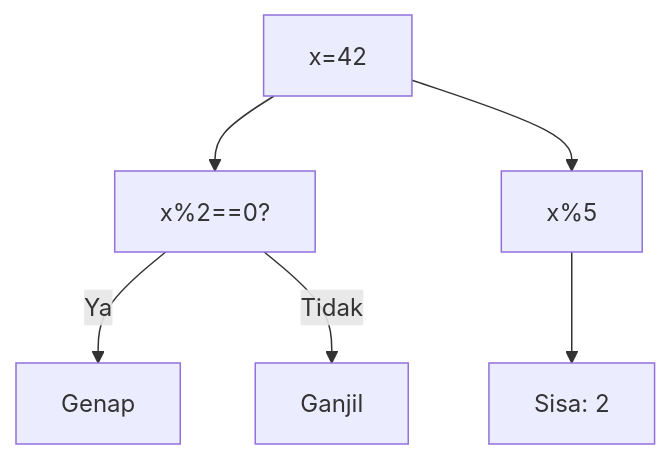
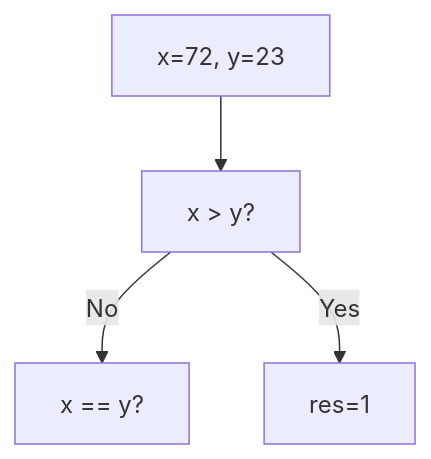
One commit to amnahwaida/OSNK_INF_PREP changed diagram 19 of 25 in part-c-pemahaman-cpp/02-percabangan/latihan/set-12.md. Above: the diagram before and after it, drawn with Mermaid. The commit also changed other lines of this file and 71 other files, not shown here.

````diff
--- a/part-c-pemahaman-cpp/02-percabangan/latihan/set-12.md
+++ b/part-c-pemahaman-cpp/02-percabangan/latihan/set-12.md
@@ -581,8 +538,6 @@
 ```mermaid
 graph TD
-A["x=42"] --> B["x%2==0?"]
-B -- Ya --> C["Genap"]
-B -- Tidak --> D["Ganjil"]
-A --> E["x%5"]
-E --> F["Sisa: 2"]
+A["x=72, y=23"] --> B["x > y?"]
+B -- No --> C["x == y?"]
+B -- Yes --> D[res=1]
 ```
````
